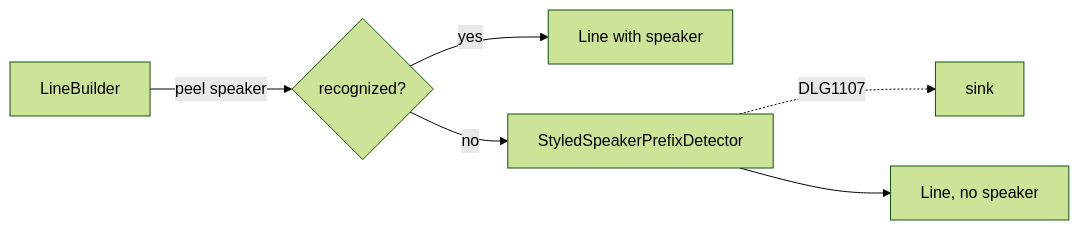
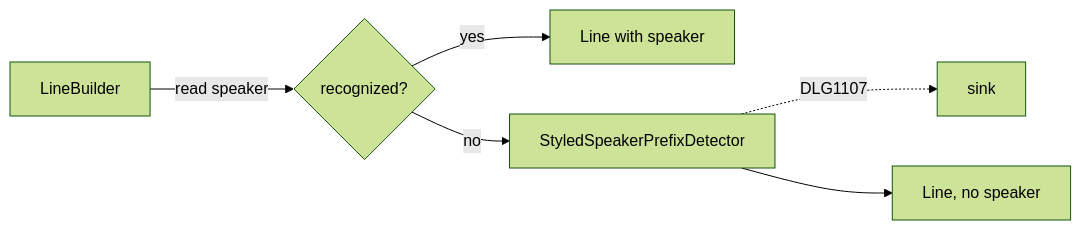
The diagram in docs/contributing/design-notes/diagnostics/Styled Speaker Prefix Diagnostic.md (pengzhengyi/dialoguedown), drawn with Mermaid (forest theme) before and after one commit. The commit also changed other lines of this file and 13 other files, not shown here.

````diff
--- a/docs/contributing/design-notes/diagnostics/Styled Speaker Prefix Diagnostic.md
+++ b/docs/contributing/design-notes/diagnostics/Styled Speaker Prefix Diagnostic.md
@@ -53,8 +53,8 @@
 ```mermaid
 flowchart LR
-    LB["LineBuilder"] -->|"peel speaker"| PEEL{"recognized?"}
-    PEEL -->|yes| LINE["Line with speaker"]
-    PEEL -->|no| DET["StyledSpeakerPrefixDetector"]
+    LB["LineBuilder"] -->|"read speaker"| READ{"recognized?"}
+    READ -->|yes| LINE["Line with speaker"]
+    READ -->|no| DET["StyledSpeakerPrefixDetector"]
     DET -. "DLG1107" .-> DIAG["sink"]
     DET --> LINE2["Line, no speaker"]
 ```
````
